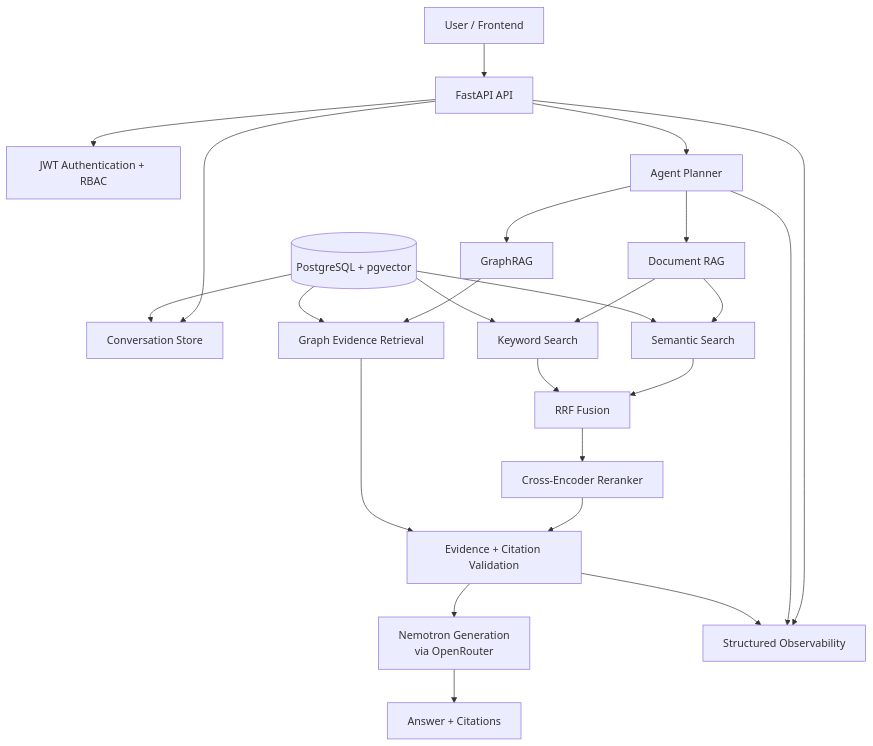
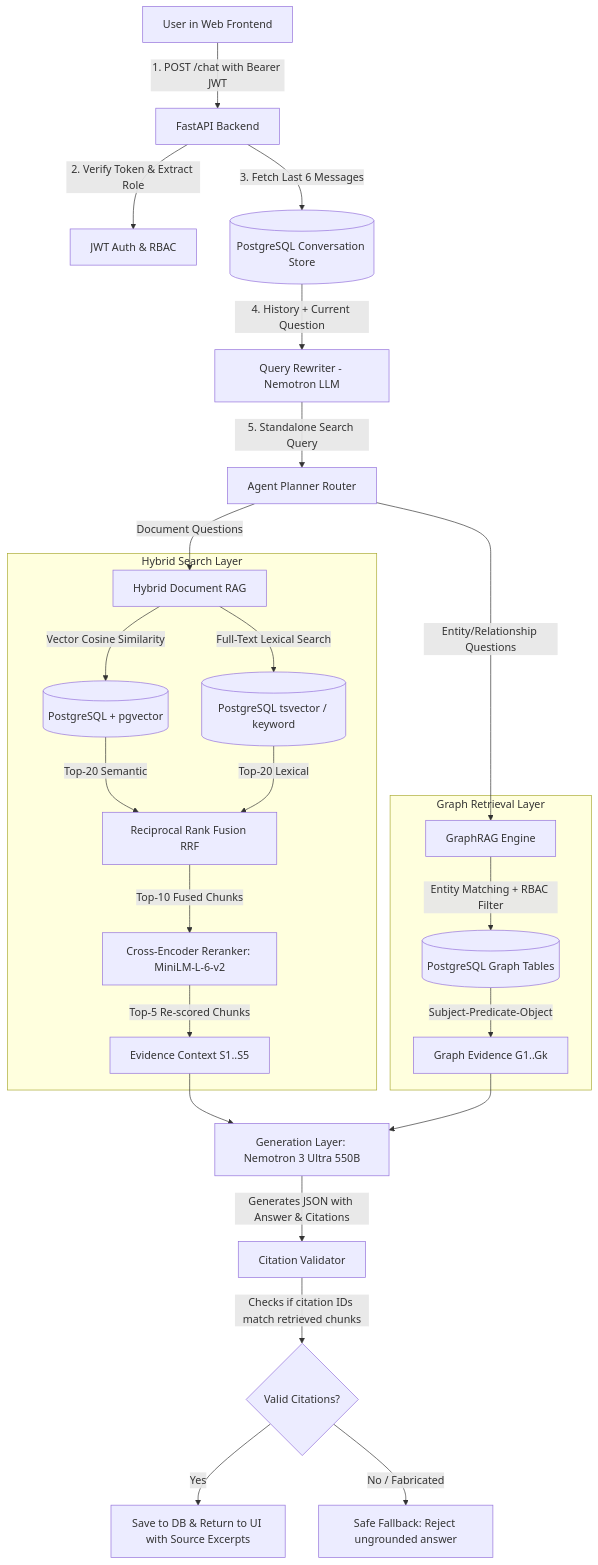
One commit to sanil2050/enterprise-rag changed the diagram in README.md. Above: the diagram before and after it, drawn with Mermaid.

Commit message:
docs: update architecture mermaid flowchart in README

````diff
--- a/README.md
+++ b/README.md
@@ -28,44 +28,32 @@
 ```mermaid
-flowchart TB
+flowchart TD
+    A[User in Web Frontend] -->|1. POST /chat with Bearer JWT| B[FastAPI Backend]
+    B -->|2. Verify Token & Extract Role| C[JWT Auth & RBAC]
+    B -->|3. Fetch Last 6 Messages| D[(PostgreSQL Conversation Store)]
+    D -->|4. History + Current Question| E[Query Rewriter - Nemotron LLM]
+    E -->|5. Standalone Search Query| F[Agent Planner Router]
+    
+    F -->|Document Questions| G[Hybrid Document RAG]
+    F -->|Entity/Relationship Questions| H[GraphRAG Engine]
+    
+    subgraph Hybrid Retrieval [Hybrid Search Layer]
+        G -->|Vector Cosine Similarity| I[(PostgreSQL + pgvector)]
+        G -->|Full-Text Lexical Search| J[(PostgreSQL tsvector / keyword)]
+        I -->|Top-20 Semantic| K[Reciprocal Rank Fusion RRF]
+        J -->|Top-20 Lexical| K
+        K -->|Top-10 Fused Chunks| L[Cross-Encoder Reranker: MiniLM-L-6-v2]
+        L -->|Top-5 Re-scored Chunks| M[Evidence Context S1..S5]
+    end
 
-    U[User / Frontend]
+    subgraph Graph Layer [Graph Retrieval Layer]
+        H -->|Entity Matching + RBAC Filter| N[(PostgreSQL Graph Tables)]
+        N -->|Subject-Predicate-Object| O[Graph Evidence G1..Gk]
+    end
 
-    U --> API[FastAPI API]
-
-    API --> AUTH[JWT Authentication + RBAC]
-    API --> CONV[Conversation Store]
-    API --> AGENT[Agent Planner]
-
-    AGENT --> DOC[Document RAG]
-    AGENT --> GRAPH[GraphRAG]
-
-    DOC --> SEM[Semantic Search]
-    DOC --> KEY[Keyword Search]
-
-    SEM --> RRF[RRF Fusion]
-    KEY --> RRF
-
-    RRF --> RERANK[Cross-Encoder Reranker]
-
-    GRAPH --> GE[Graph Evidence Retrieval]
-
-    RERANK --> EVID[Evidence + Citation Validation]
-    GE --> EVID
-
-    EVID --> GEN[Nemotron Generation<br/>via OpenRouter]
-
-    GEN --> RESP[Answer + Citations]
-
-    DB[(PostgreSQL + pgvector)]
-
-    DB --> SEM
-    DB --> KEY
-    DB --> GE
-    DB --> CONV
-
-    OBS[Structured Observability]
-
-    API --> OBS
-    AGENT --> OBS
-    EVID --> OBS
+    M --> P[Generation Layer: Nemotron 3 Ultra 550B]
+    O --> P
+    P -->|Generates JSON with Answer & Citations| Q[Citation Validator]
+    Q -->|Checks if citation IDs match retrieved chunks| R{Valid Citations?}
+    R -->|Yes| S[Save to DB & Return to UI with Source Excerpts]
+    R -->|No / Fabricated| T[Safe Fallback: Reject ungrounded answer]
 ```
````
